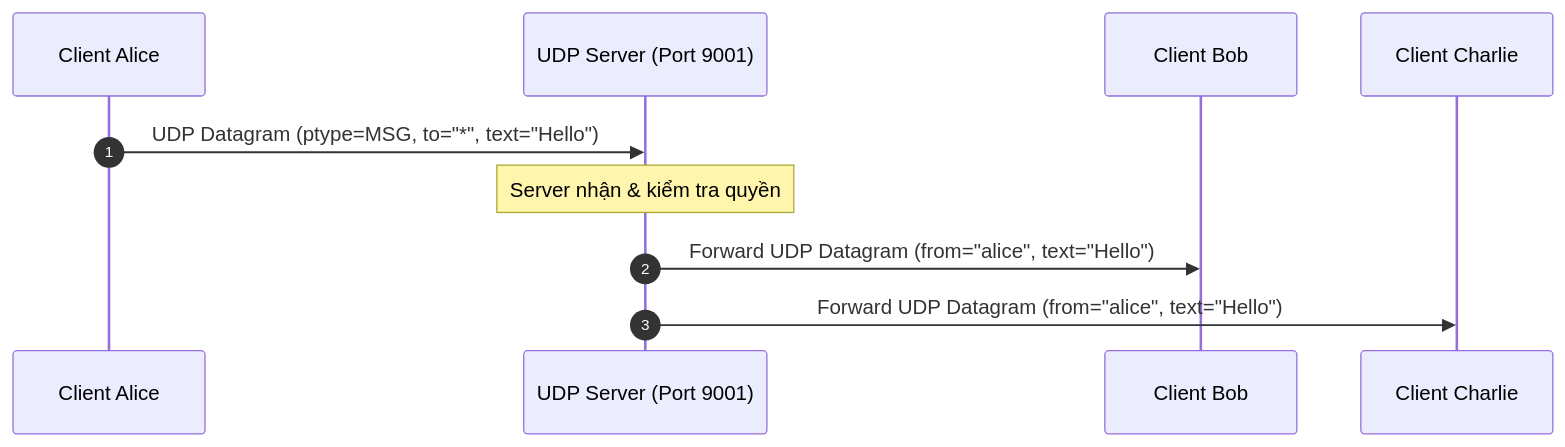
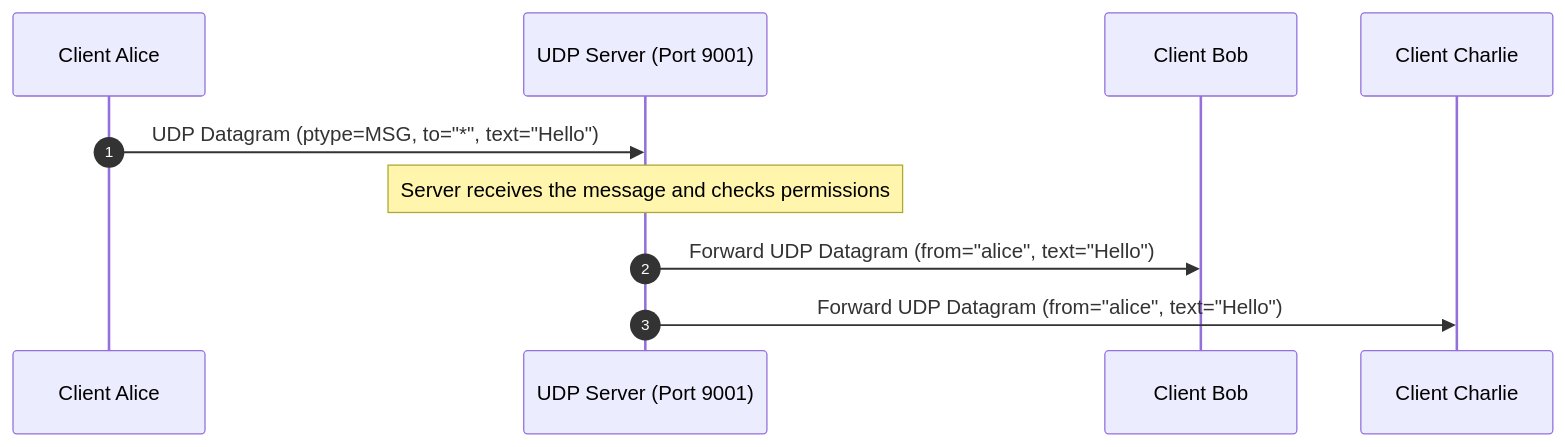
The sixth of 9 diagrams in docs/protocol.md (Smokiestfox/networking-app-assignment), drawn with Mermaid before and after one commit. The commit also changed other lines of this file and 1 other file, not shown here.

````diff
--- a/docs/protocol.md
+++ b/docs/protocol.md
@@ -506,13 +506,13 @@
 ```mermaid
 sequenceDiagram
     autonumber
     participant Alice as Client Alice
     participant Server as UDP Server (Port 9001)
     participant Bob as Client Bob
     participant Charlie as Client Charlie
 
     Alice->>Server: UDP Datagram (ptype=MSG, to="*", text="Hello")
-    Note over Server: Server nhận & kiểm tra quyền
+    Note over Server: Server receives the message and checks permissions
     Server->>Bob: Forward UDP Datagram (from="alice", text="Hello")
     Server->>Charlie: Forward UDP Datagram (from="alice", text="Hello")
 ```
````
